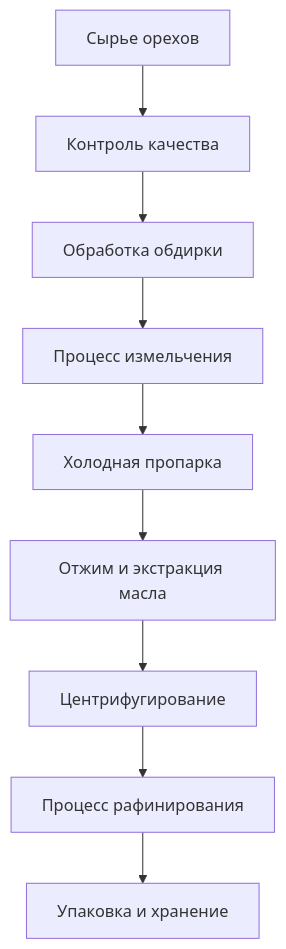
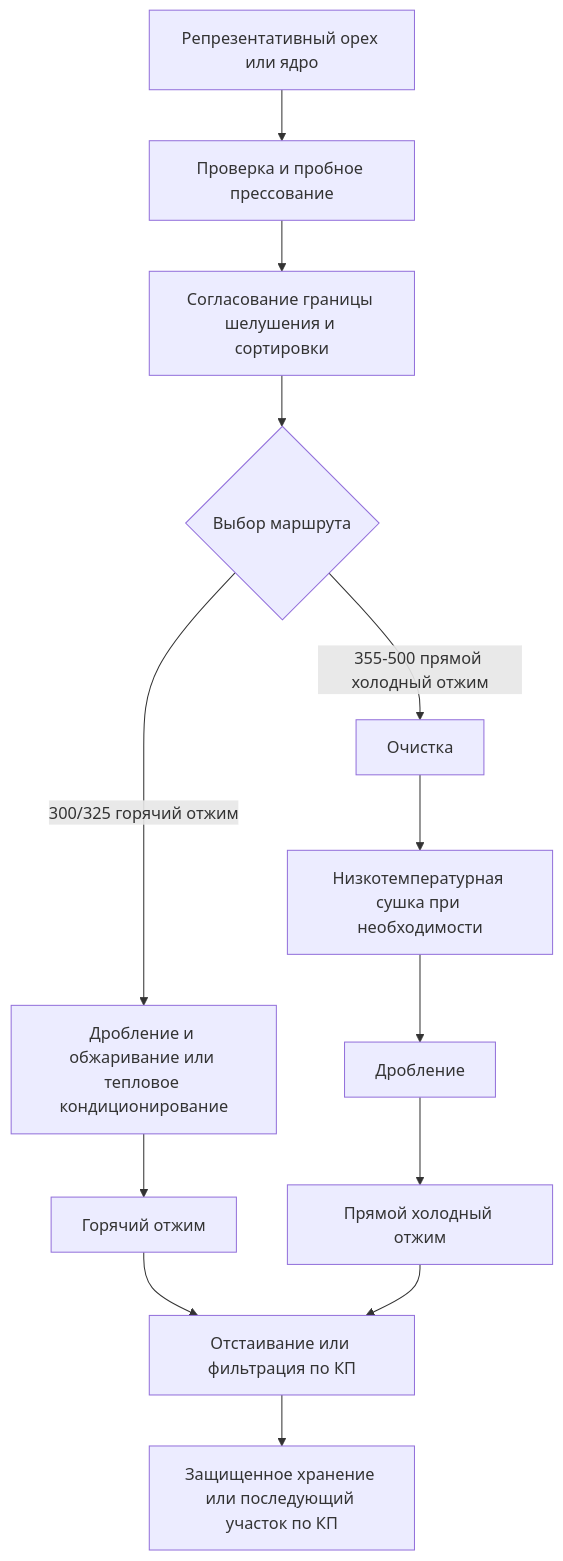
Before and after one commit to roryshanshan/oilpress-website: the diagram in docs/ru/solutions/nuts.md, drawn with Mermaid. The commit also changed other lines of this file and 1420 other files, not shown here.

````diff
--- a/docs/ru/solutions/nuts.md
+++ b/docs/ru/solutions/nuts.md
@@ -78,11 +33,15 @@
 ```mermaid
-graph TD
-    A[Сырье орехов] --> B[Контроль качества]
-    B --> C[Обработка обдирки]
-    C --> D[Процесс измельчения]
-    D --> E[Холодная пропарка]
-    E --> F[Отжим и экстракция масла]
-    F --> G[Центрифугирование]
-    G --> H[Процесс рафинирования]
-    H --> I[Упаковка и хранение]
+flowchart TD
+    A[Репрезентативный орех или ядро] --> B[Проверка и пробное прессование]
+    B --> C[Согласование границы шелушения и сортировки]
+    C --> D{Выбор маршрута}
+    D -->|300/325 горячий отжим| E[Дробление и обжаривание или тепловое кондиционирование]
+    E --> F[Горячий отжим]
+    D -->|355-500 прямой холодный отжим| G[Очистка]
+    G --> H[Низкотемпературная сушка при необходимости]
+    H --> I[Дробление]
+    I --> J[Прямой холодный отжим]
+    F --> K[Отстаивание или фильтрация по КП]
+    J --> K
+    K --> L[Защищенное хранение или последующий участок по КП]
 ```
````
